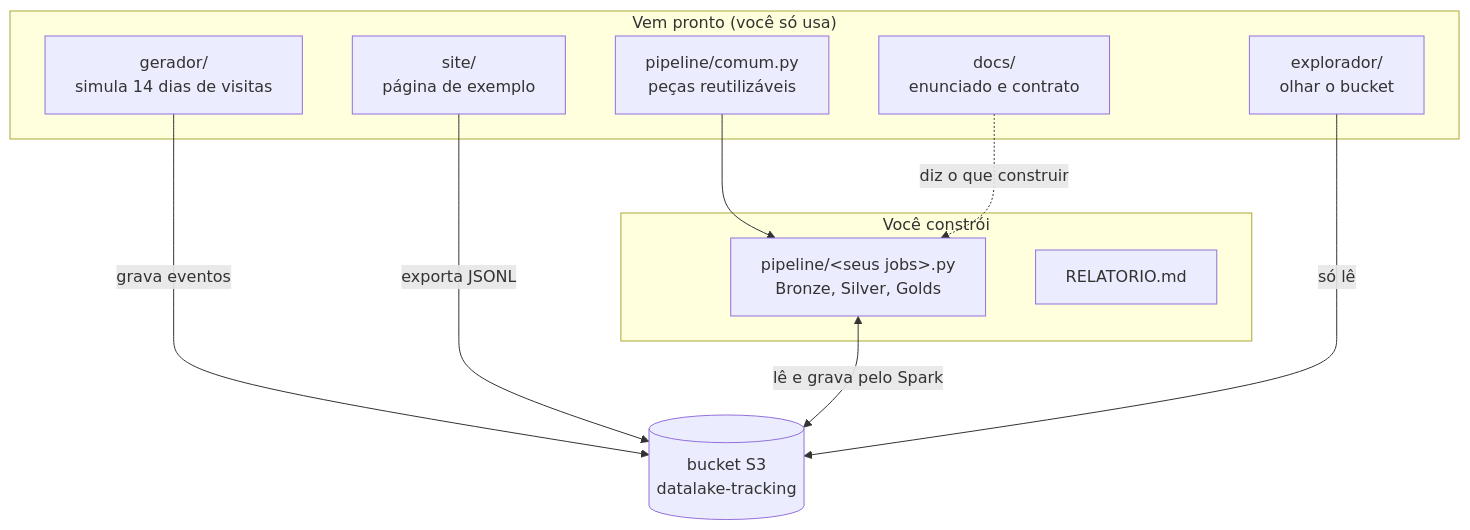
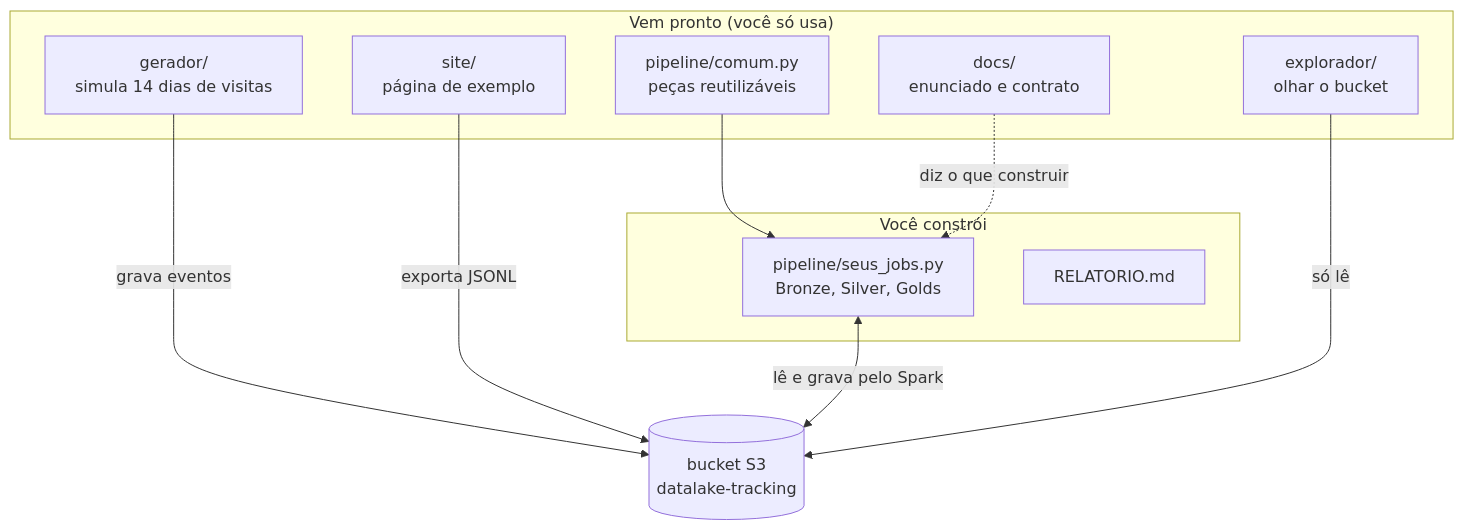
One commit to sertaoseracloud/projeto-final-tracking changed the second of 2 diagrams in README.md. Above: the diagram before and after it, drawn with Mermaid. The commit also changed 2 other files, not shown here.

Commit message:
Docs: corrige três rótulos de diagramas Mermaid vistos no navegador
- README: &lt;seus jobs&gt; sumia no desenho; vira pipeline/seus_jobs.py
- SETUP: "1. Instalar…" era lido como lista (Unsupported markdown: list)
- ENUNCIADO: títulos dos grupos de features eram cortados

````diff
--- a/README.md
+++ b/README.md
@@ -41,20 +41,20 @@
 ```mermaid
 flowchart TB
     subgraph PRONTO["Vem pronto (você só usa)"]
         site["site/<br/>página de exemplo"]
         gerador["gerador/<br/>simula 14 dias de visitas"]
         comum["pipeline/comum.py<br/>peças reutilizáveis"]
         explorador["explorador/<br/>olhar o bucket"]
         docs["docs/<br/>enunciado e contrato"]
     end
     subgraph SEU["Você constrói"]
-        jobs["pipeline/&lt;seus jobs&gt;.py<br/>Bronze, Silver, Golds"]
+        jobs["pipeline/seus_jobs.py<br/>Bronze, Silver, Golds"]
         relatorio["RELATORIO.md"]
     end
     gerador -->|grava eventos| bucket[("bucket S3<br/>datalake-tracking")]
     site -->|exporta JSONL| bucket
     comum --> jobs
     jobs <-->|lê e grava pelo Spark| bucket
     explorador -->|só lê| bucket
     docs -.->|diz o que construir| jobs
 ```
````
